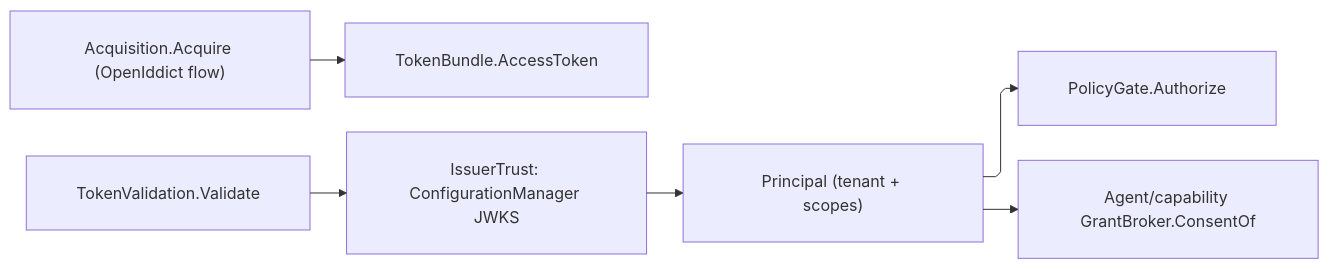
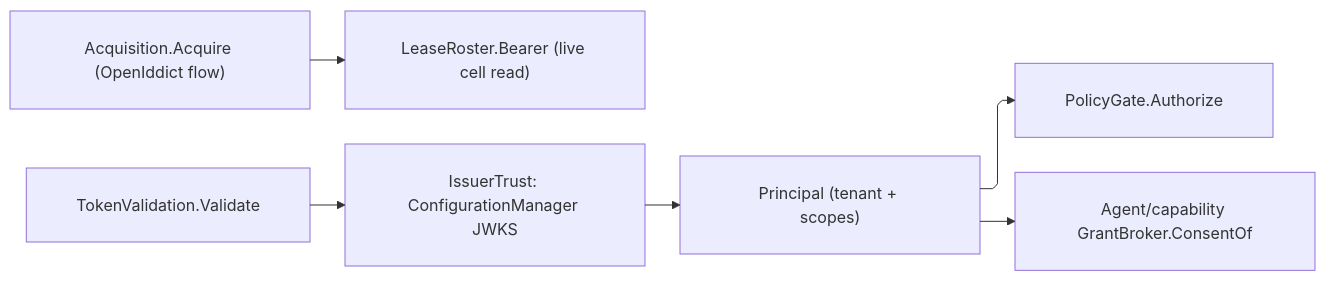
Before and after one commit to bsamiee/Rasm: the diagram in libs/dotnet/Rasm.AppHost/.planning/Agent/identity.md, drawn with Mermaid. The commit also changed other lines of this file and 167 other files, not shown here.

````diff
--- a/libs/dotnet/Rasm.AppHost/.planning/Agent/identity.md
+++ b/libs/dotnet/Rasm.AppHost/.planning/Agent/identity.md
@@ -648,17 +793,17 @@
 ```mermaid
 ---
 config:
   layout: elk
   flowchart:
     curve: linear
     padding: 25
 ---
 flowchart LR
     accTitle: One identity boundary feeding the capability metering
     accDescr: Acquisition obtains a bearer; inbound validation against the rotating-JWKS issuer anchor produces one Principal; the policy gate evaluates claims; the validated Principal's tenant feeds the grant broker.
-    Acquire["Acquisition.Acquire (OpenIddict flow)"] --> Bearer["TokenBundle.AccessToken"]
+    Acquire["Acquisition.Acquire (OpenIddict flow)"] --> Bearer["LeaseRoster.Bearer (live cell read)"]
     Inbound["TokenValidation.Validate"] --> Anchor["IssuerTrust: ConfigurationManager JWKS"]
     Anchor --> Principal["Principal (tenant + scopes)"]
     Principal --> Gate["PolicyGate.Authorize"]
     Principal --> Broker["Agent/capability GrantBroker.ConsentOf"]
 ```
````
